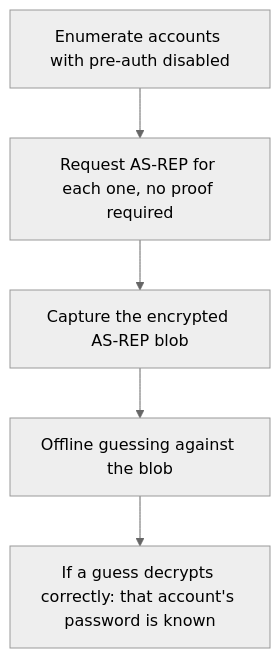
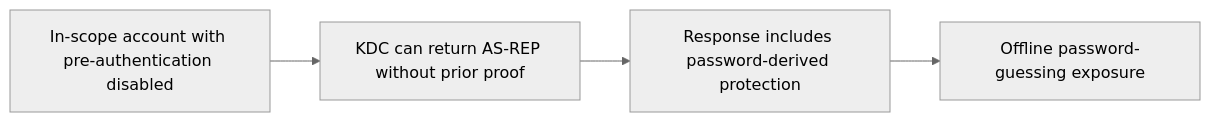
Before and after one commit to alham-rizvi/FindMyAttackPath: the diagram in docs/techniques/asreproast.md, drawn with Mermaid (neutral theme). The commit also changed other lines of this file and 20 other files, not shown here.

````diff
--- a/docs/techniques/asreproast.md
+++ b/docs/techniques/asreproast.md
@@ -31,7 +21,6 @@
 ```mermaid
-flowchart TD
-  A["Enumerate accounts with pre-auth disabled"] --> B["Request AS-REP for each one, no proof required"]
-  B --> C["Capture the encrypted AS-REP blob"]
-  C --> D["Offline guessing against the blob"]
-  D --> E["If a guess decrypts correctly: that account's password is known"]
+flowchart LR
+  A[In-scope account with pre-authentication disabled] --> B[KDC can return AS-REP without prior proof]
+  B --> C[Response includes password-derived protection]
+  C --> D[Offline password-guessing exposure]
 ```
````
